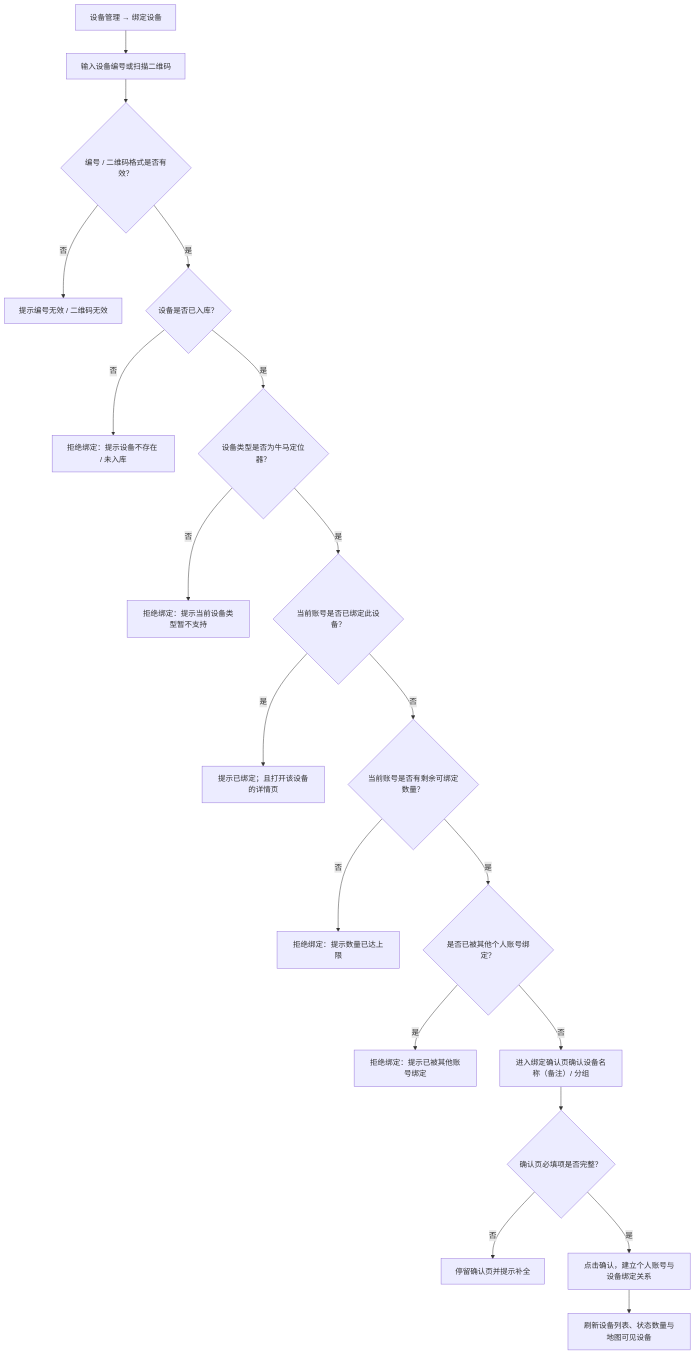
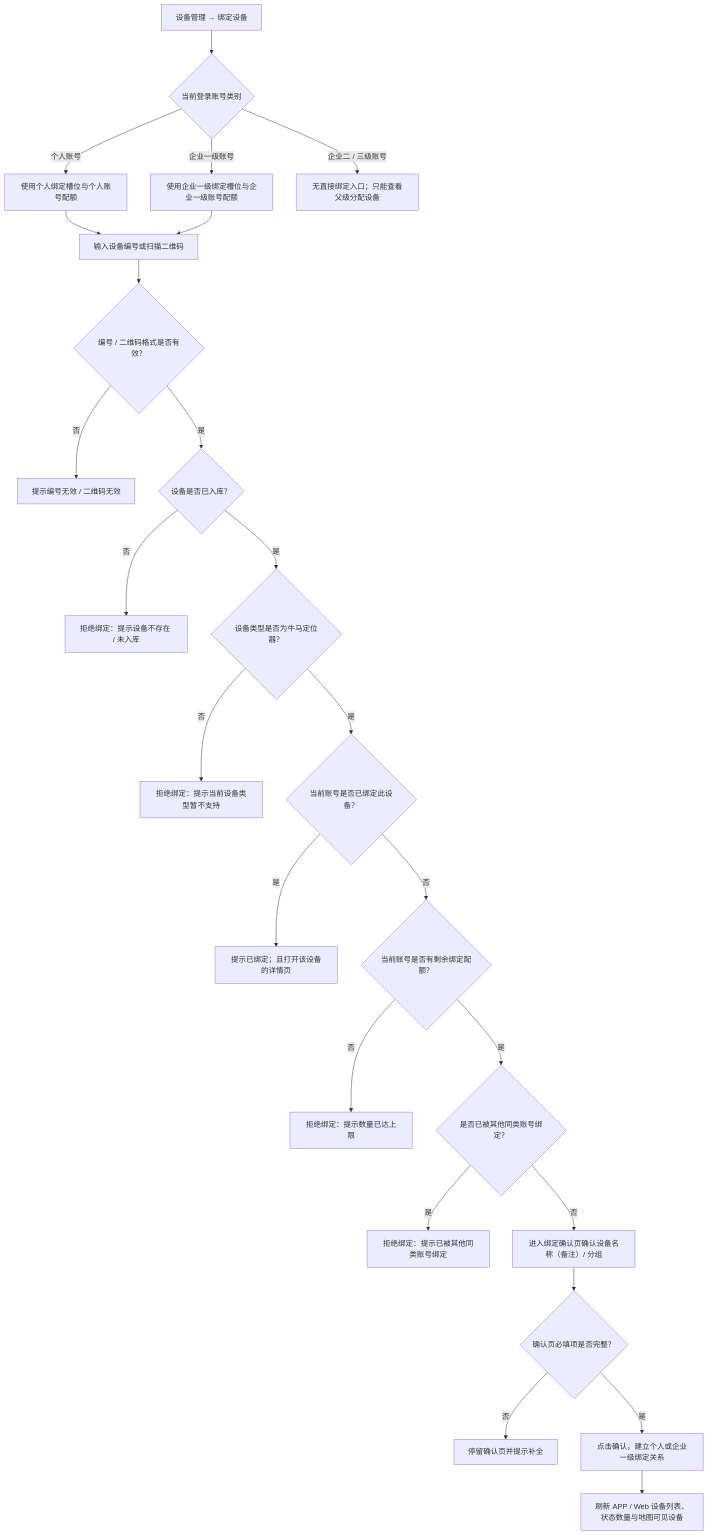
The sixth of 16 diagrams in docs/manuals/革泰/逻辑大纲/革泰 APP 设备管理逻辑点梳理 plan.md (CuMgNa/skills), drawn with Mermaid before and after one commit. The commit also changed other lines of this file and 38 other files, not shown here.

````diff
--- a/docs/manuals/革泰/逻辑大纲/革泰 APP 设备管理逻辑点梳理 plan.md
+++ b/docs/manuals/革泰/逻辑大纲/革泰 APP 设备管理逻辑点梳理 plan.md
@@ -389,21 +447,26 @@
 ```mermaid
 flowchart TD
-    A["设备管理 → 绑定设备"] --> B["输入设备编号或扫描二维码"]
+    A["设备管理 → 绑定设备"] --> A1{"当前登录账号类别"}
+    A1 -->|"个人账号"| A2["使用个人绑定槽位与个人账号配额"]
+    A1 -->|"企业一级账号"| A3["使用企业一级绑定槽位与企业一级账号配额"]
+    A1 -->|"企业二 / 三级账号"| A4["无直接绑定入口；只能查看父级分配设备"]
+    A2 --> B["输入设备编号或扫描二维码"]
+    A3 --> B
     B --> C{"编号 / 二维码格式是否有效？"}
     C -->|"否"| C1["提示编号无效 / 二维码无效"]
     C -->|"是"| D{"设备是否已入库？"}
     D -->|"否"| D1["拒绝绑定：提示设备不存在 / 未入库"]
     D -->|"是"| E{"设备类型是否为牛马定位器？"}
     E -->|"否"| E1["拒绝绑定：提示当前设备类型暂不支持"]
     E -->|"是"| F{"当前账号是否已绑定此设备？"}
     F -->|"是"| F1["提示已绑定；且打开该设备的详情页"]
-    F -->|"否"| G{"当前账号是否有剩余可绑定数量？"}
+    F -->|"否"| G{"当前账号是否有剩余绑定配额？"}
     G -->|"否"| G1["拒绝绑定：提示数量已达上限"]
-    G -->|"是"| H{"是否已被其他个人账号绑定？"}
-    H -->|"是"| H1["拒绝绑定：提示已被其他账号绑定"]
+    G -->|"是"| H{"是否已被其他同类账号绑定？"}
+    H -->|"是"| H1["拒绝绑定：提示已被其他同类账号绑定"]
     H -->|"否"| I["进入绑定确认页确认设备名称（备注）/ 分组"]
     I --> J{"确认页必填项是否完整？"}
     J -->|"否"| J1["停留确认页并提示补全"]
-    J -->|"是"| K["点击确认，建立个人账号与设备绑定关系"]
-    K --> L["刷新设备列表、状态数量与地图可见设备"]
+    J -->|"是"| K["点击确认，建立个人或企业一级绑定关系"]
+    K --> L["刷新 APP / Web 设备列表、状态数量与地图可见设备"]
 ```
````
